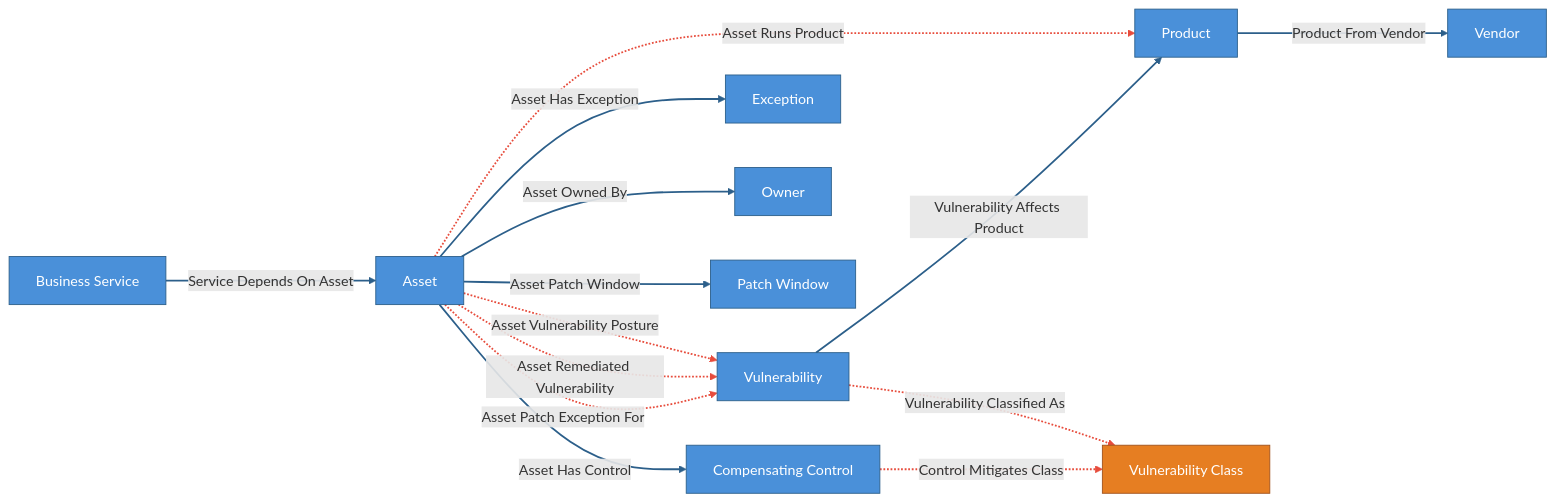
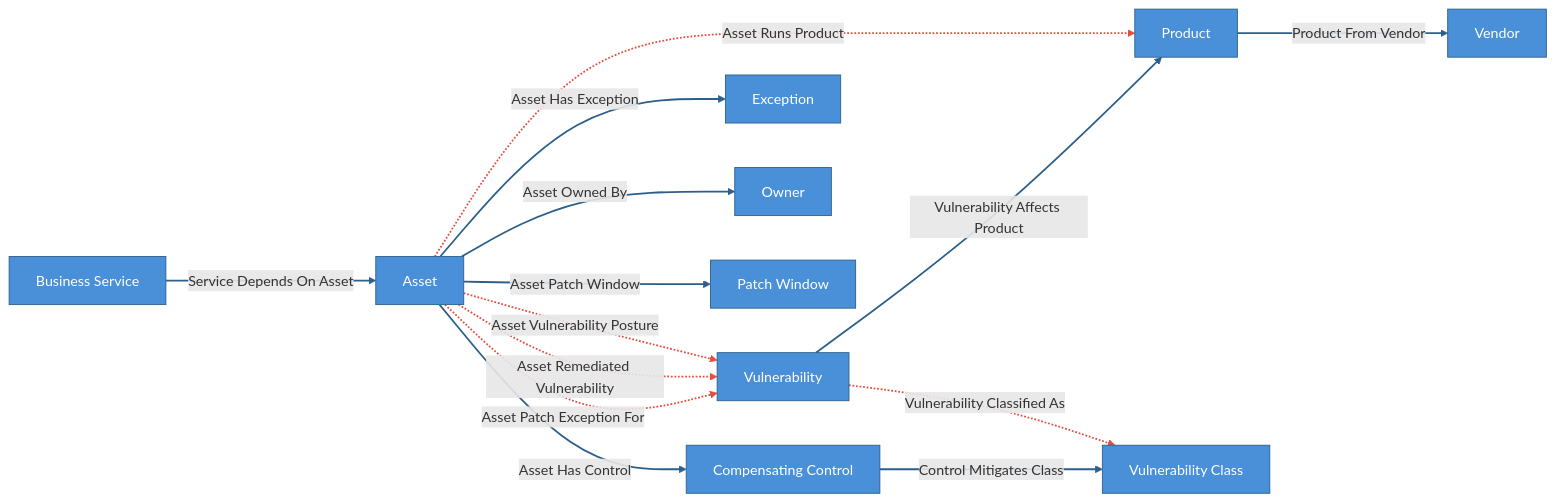
Before and after one commit to cruxible-ai/cruxible: the first of 3 diagrams in kits/kev-triage/README.md, drawn with Mermaid. The commit also changed other lines of this file and 11 other files, not shown here.

````diff
--- a/kits/kev-triage/README.md
+++ b/kits/kev-triage/README.md
@@ -40,37 +40,36 @@
 ```mermaid
 flowchart LR
   classDef canonicalEntity fill:#4a90d9,stroke:#2c5f8a,color:#fff
   classDef governedEntity fill:#e67e22,stroke:#a0521c,color:#fff
 
   entity_Asset["Asset"]
   entity_BusinessService["Business Service"]
   entity_CompensatingControl["Compensating Control"]
   entity_Exception["Exception"]
   entity_Owner["Owner"]
   entity_PatchWindow["Patch Window"]
   entity_Product["Product"]
   entity_Vendor["Vendor"]
   entity_Vulnerability["Vulnerability"]
   entity_VulnerabilityClass["Vulnerability Class"]
-  class entity_Asset,entity_BusinessService,entity_CompensatingControl,entity_Exception,entity_Owner,entity_PatchWindow,entity_Product,entity_Vendor,entity_Vulnerability canonicalEntity
-  class entity_VulnerabilityClass governedEntity
+  class entity_Asset,entity_BusinessService,entity_CompensatingControl,entity_Exception,entity_Owner,entity_PatchWindow,entity_Product,entity_Vendor,entity_Vulnerability,entity_VulnerabilityClass canonicalEntity
 
   %% Deterministic canonical relationships
   entity_Asset -- "Asset Has Control" --> entity_CompensatingControl
   entity_Asset -- "Asset Has Exception" --> entity_Exception
   entity_Asset -- "Asset Owned By" --> entity_Owner
   entity_Asset -- "Asset Patch Window" --> entity_PatchWindow
+  entity_CompensatingControl -- "Control Mitigates Class" --> entity_VulnerabilityClass
   entity_Product -- "Product From Vendor" --> entity_Vendor
   entity_BusinessService -- "Service Depends On Asset" --> entity_Asset
   entity_Vulnerability -- "Vulnerability Affects Product" --> entity_Product
 
   %% Governed proposal/review relationships
   entity_Asset -. "Asset Patch Exception For" .-> entity_Vulnerability
   entity_Asset -. "Asset Remediated Vulnerability" .-> entity_Vulnerability
   entity_Asset -. "Asset Runs Product" .-> entity_Product
   entity_Asset -. "Asset Vulnerability Posture" .-> entity_Vulnerability
-  entity_CompensatingControl -. "Control Mitigates Class" .-> entity_VulnerabilityClass
   entity_Vulnerability -. "Vulnerability Classified As" .-> entity_VulnerabilityClass
-  linkStyle 0,1,2,3,4,5,6 stroke:#2c5f8a,stroke-width:2px
-  linkStyle 7,8,9,10,11,12 stroke:#e74c3c,stroke-width:2px
+  linkStyle 0,1,2,3,4,5,6,7 stroke:#2c5f8a,stroke-width:2px
+  linkStyle 8,9,10,11,12 stroke:#e74c3c,stroke-width:2px
 ```
````
